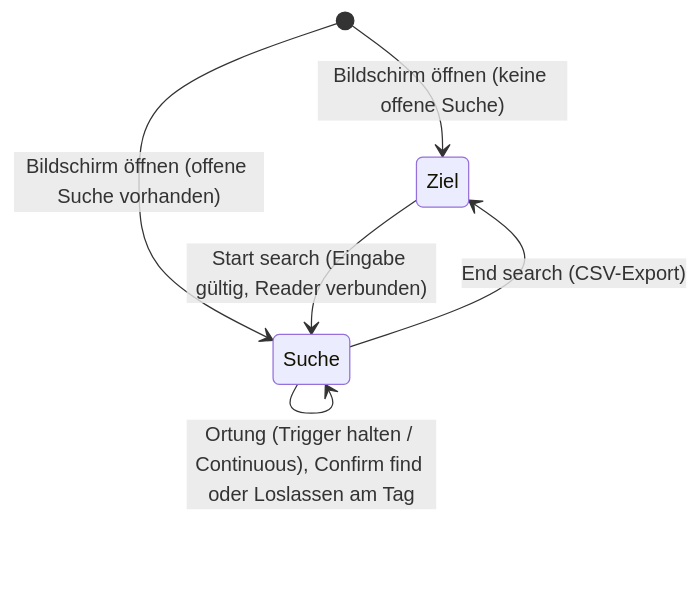
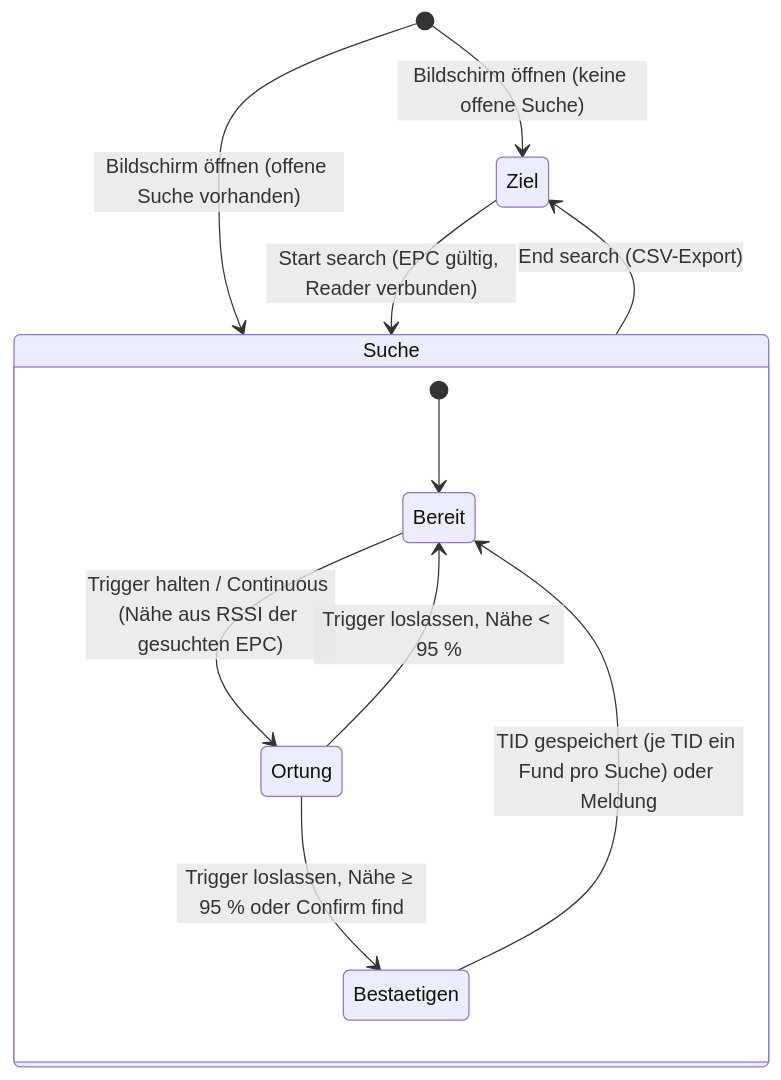
Before and after one commit to Kamilski86/QCC: the third of 3 diagrams in docs/confluence/02-produktuebersicht.md, drawn with Mermaid. The commit also changed other lines of this file and 2 other files, not shown here.

Commit message:
docs: duplicate finder end-to-end flow (EPC search, TID counting), diagrams

````diff
--- a/docs/confluence/02-produktuebersicht.md
+++ b/docs/confluence/02-produktuebersicht.md
@@ -85,8 +85,15 @@
 ```mermaid
 stateDiagram-v2
     [*] --> Ziel: Bildschirm öffnen (keine offene Suche)
     [*] --> Suche: Bildschirm öffnen (offene Suche vorhanden)
-    Ziel --> Suche: Start search (Eingabe gültig, Reader verbunden)
-    Suche --> Suche: Ortung (Trigger halten / Continuous), Confirm find oder Loslassen am Tag
+    Ziel --> Suche: Start search (EPC gültig, Reader verbunden)
     Suche --> Ziel: End search (CSV-Export)
+
+    state Suche {
+        [*] --> Bereit
+        Bereit --> Ortung: Trigger halten / Continuous (Nähe aus RSSI der gesuchten EPC)
+        Ortung --> Bereit: Trigger loslassen, Nähe < 95 %
+        Ortung --> Bestaetigen: Trigger loslassen, Nähe ≥ 95 % oder Confirm find
+        Bestaetigen --> Bereit: TID gespeichert (je TID ein Fund pro Suche) oder Meldung
+    }
 ```
````
